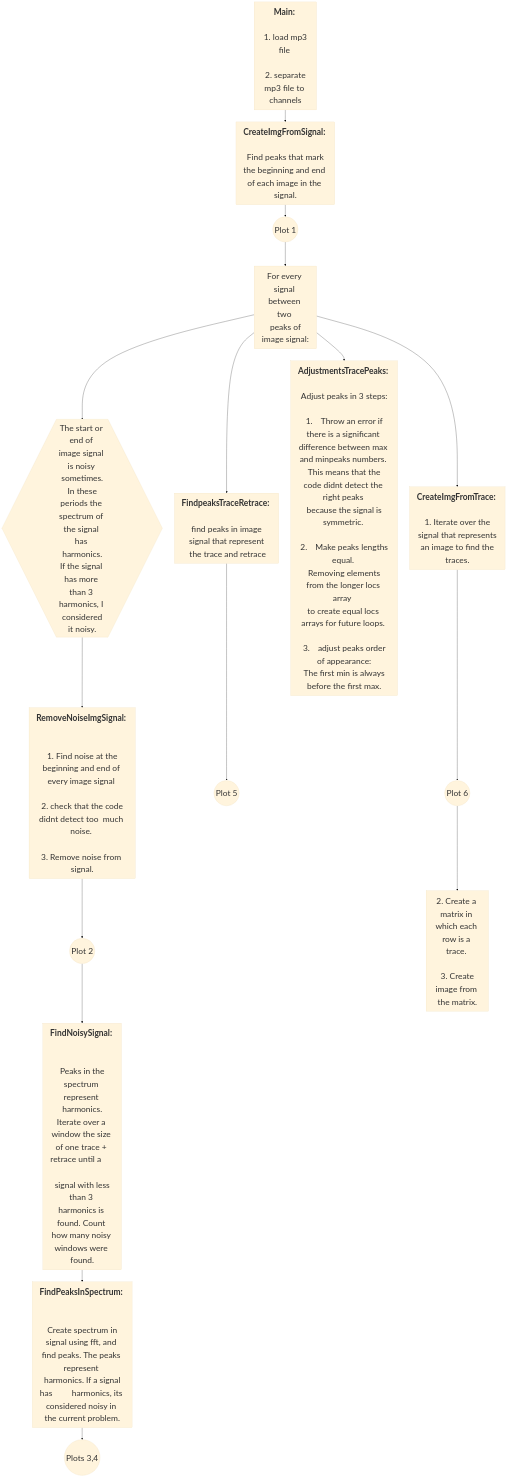
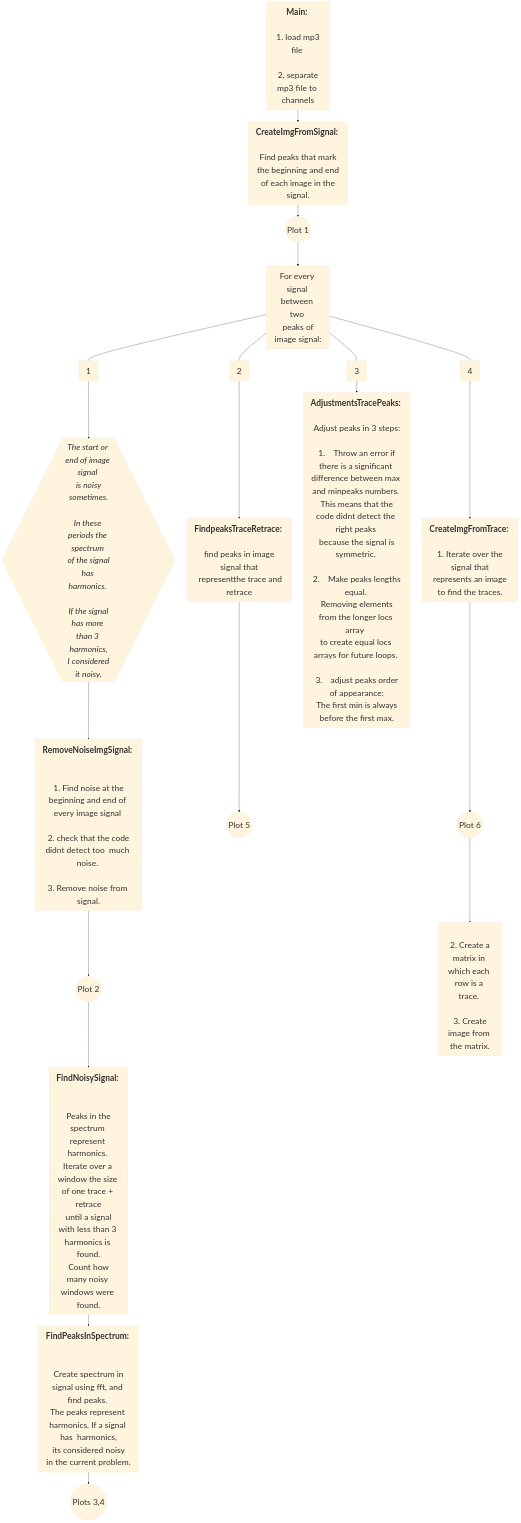
One commit to michalevin25/VoyagerGoldenDisk changed the diagram in README.md. Above: the diagram before and after it, drawn with Mermaid.

````diff
--- a/README.md
+++ b/README.md
@@ -2,42 +2,42 @@
 ```mermaid
 %%{init: {'theme': 'base', 'themeVariables': { 'fontSize': '35px'}}}%%
 flowchart TB
     id1[<b>Main:</b> <br /> <br /> 1. load mp3 file <br /> <br /> 2. separate mp3 file to channels]
     
-    id2[<b>CreateImgFromSignal:</b> <br /> <br /> Find peaks that mark the beginning and end of each image in the signal.]
+    id2[<b>CreateImgFromSignal:</b> <br /> <br /> Find peaks that mark the beginning and end<br /> of each image in the signal.]
     
     plt1((Plot 1)) 
     
     id3[For every signal between two <br /> peaks of image signal:]
     
-    id4{{The start or end of image signal is noisy sometimes.<br /> In these periods the spectrum of the signal has <br /> harmonics. If the signal has more than 3 harmonics, I <br /> considered it noisy.}}
+    id4{{<i>The start or end of image signal <br /> is noisy sometimes.<br /> <br />In these periods the spectrum <br /> of the signal has harmonics. <br /><br /> If the signal has more than 3 harmonics,<br /> I considered it noisy.</i>}}
     
     id5[<b>RemoveNoiseImgSignal:</b>  <br /> <br /> 1. Find noise at the beginning and end of every image signal <br /> <br /> 2. check that the code didnt detect too  much noise. <br /> <br />3. Remove noise from signal. ]
     
     plt2((Plot 2)) 
     
-    id6[<b>FindNoisySignal:</b>  <br /> <br /> Peaks in the spectrum represent <br /> harmonics. Iterate over a window the size of one trace + retrace until a       <br /> signal with less than 3 harmonics is found. Count how many noisy windows were found.]
+    id6[<b>FindNoisySignal:</b>  <br /> <br /> Peaks in the spectrum represent harmonics. <br />Iterate over a window the size of one trace + retrace<br /> until a signal with less than 3 harmonics is found.<br /> Count how many noisy windows were found.]
     
-    id7[<b>FindPeaksInSpectrum:</b>  <br /> <br /> Create spectrum in signal using fft, and find peaks. The peaks represent <br /> harmonics. If a signal has         harmonics, its considered noisy in the current problem.]
+    id7[<b>FindPeaksInSpectrum:</b>  <br /> <br /> Create spectrum in signal using fft, and find peaks. <br />The peaks represent harmonics. If a signal has  harmonics,<br /> its considered noisy in the current problem.]
     
     plt34((Plots 3,4)) 
     
-    id8[<b>FindpeaksTraceRetrace:</b> <br />  <br /> find peaks in image signal that represent<br /> the trace and retrace]
+    id8[<b>FindpeaksTraceRetrace:</b> <br />  <br /> find peaks in image signal that<br />  representthe trace and retrace]
     
     plt5((Plot 5)) 
     
     id9[<b>AdjustmentsTracePeaks:</b> <br />  <br /> Adjust peaks in 3 steps: <br /> <br /> 1.	Throw an error if there is a significant <br />difference between max and minpeaks numbers. <br /> This means that the code didnt detect the right peaks <br /> because the signal is symmetric. <br /> <br /> 2.	Make peaks lengths equal. <br /> Removing elements from the longer locs array  <br />to create equal locs arrays for future loops. <br /> <br /> 3.	adjust peaks order of appearance:<br /> The first min is always before the first max.]
     
-    id10[<b>CreateImgFromTrace:</b> <br />  <br /> 1. Iterate over the signal that represents<br /> an image to find the traces.]
+    id10[<b>CreateImgFromTrace:</b> <br />  <br /> 1. Iterate over the signal that<br /> represents an image to find the traces.]
     
     plt6((Plot 6))
     
-    id11[ 2. Create a matrix in which each row is a trace. <br /> <br /> 3. Create image from the matrix.]
+    id11[<br /> 2. Create a matrix in which each row is a trace. <br /> <br /> 3. Create image from the matrix.]
     
-    id1 --> id2 --> plt1 ---> id3
-    id3  --> id4 -->  id5 --> plt2--> id6 --> id7 --> plt34
-    id3 --> id8 --> plt5
-    id3 --> id9
-    id3 --> id10 --> plt6 --> id11
+    id1--> id2 --> plt1 ---> id3
+    id3 --- 1 --> id4  --> id5 --> plt2--> id6 --> id7 --> plt34
+    id3--- 2--> id8 --> plt5
+    id3---  3--> id9
+    id3---  4--> id10 --> plt6 --> id11
 
 ```
````
